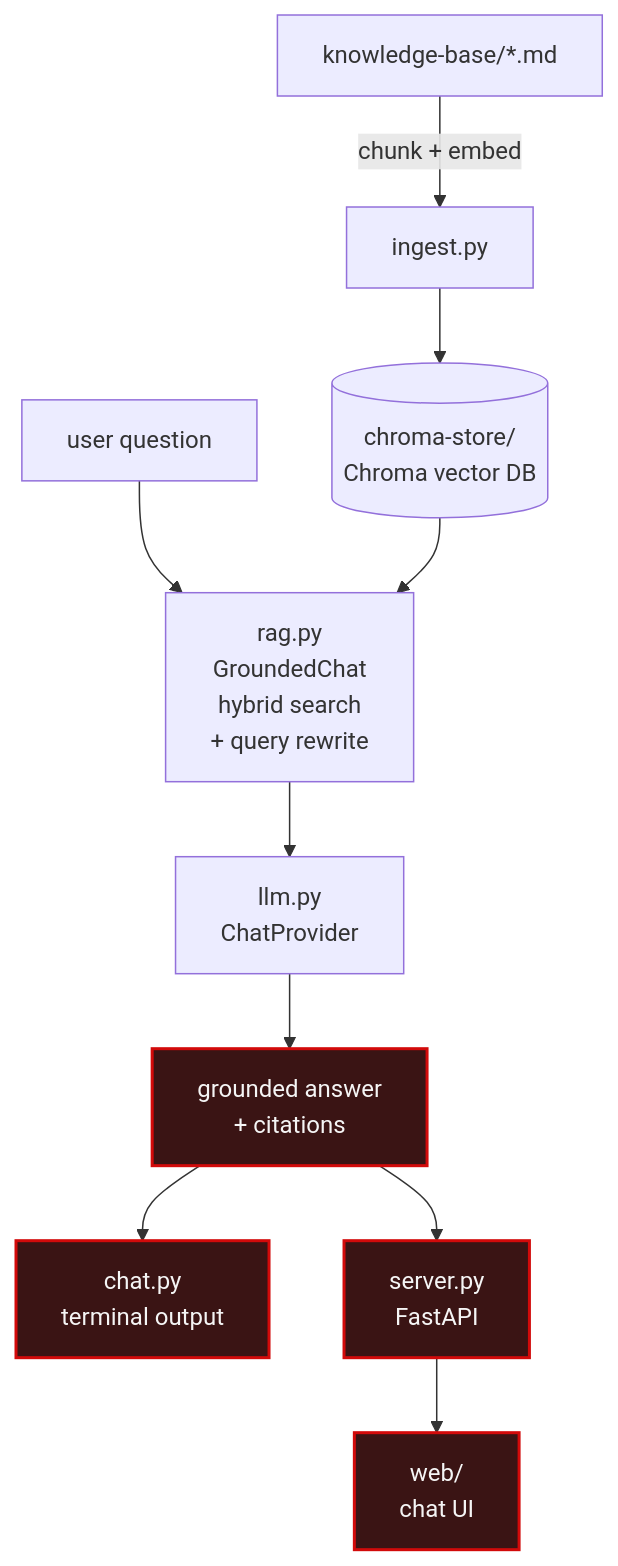
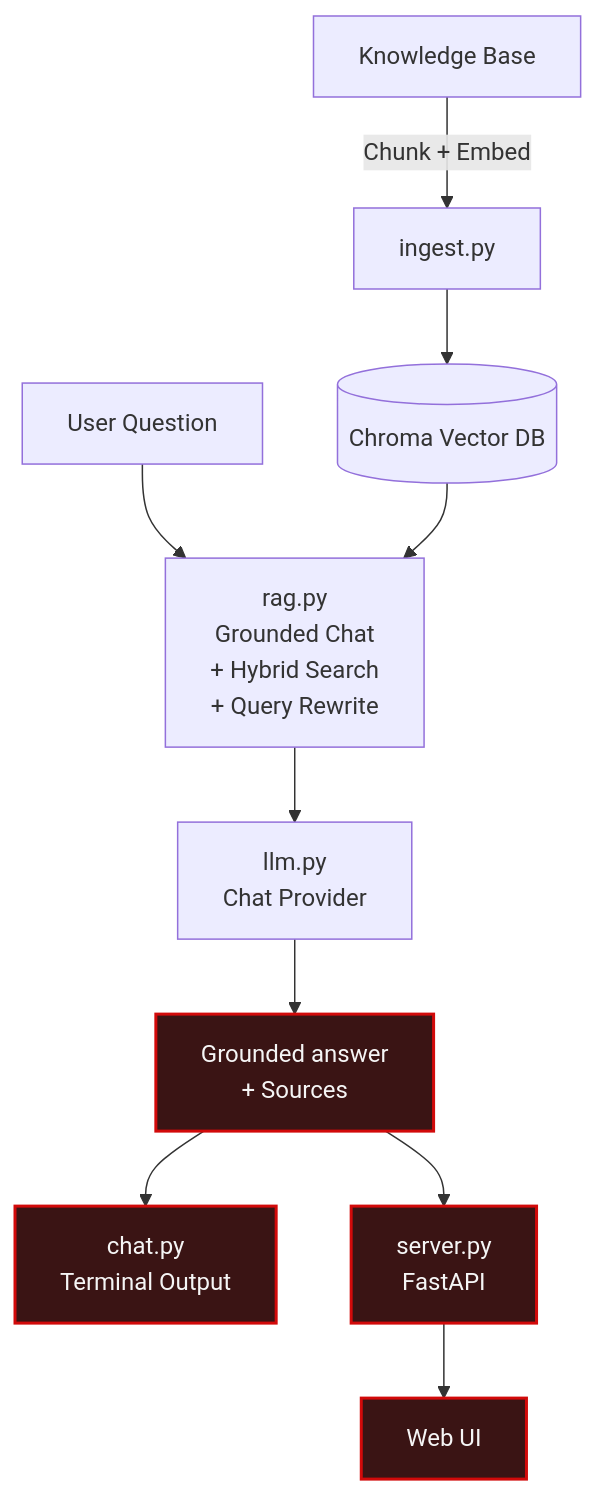
One commit to bhagya-d36/Fight-IQ changed the diagram in README.md. Above: the diagram before and after it, drawn with Mermaid.

Commit message:
Clean up mermaid diagram labels for readability

````diff
--- a/README.md
+++ b/README.md
@@ -16,17 +16,17 @@
 ```mermaid
 flowchart TD
-    KB["knowledge-base/*.md"] -->|chunk + embed| ING["ingest.py"]
-    ING --> STORE[("chroma-store/<br/>Chroma vector DB")]
+    KB["Knowledge Base"] -->|Chunk + Embed| ING["ingest.py"]
+    ING --> STORE[("Chroma Vector DB")]
 
-    Q["user question"] --> RAG["rag.py<br/>GroundedChat<br/>hybrid search<br/>+ query rewrite"]
+    Q["User Question"] --> RAG["rag.py<br/>Grounded Chat<br/>+ Hybrid Search<br/>+ Query Rewrite"]
     STORE --> RAG
-    RAG --> LLM["llm.py<br/>ChatProvider"]
-    LLM --> ANS["grounded answer<br/>+ citations"]
+    RAG --> LLM["llm.py<br/>Chat Provider"]
+    LLM --> ANS["Grounded answer<br/>+ Sources"]
 
-    ANS --> CHAT["chat.py<br/>terminal output"]
+    ANS --> CHAT["chat.py<br/>Terminal Output"]
     ANS --> SRV["server.py<br/>FastAPI"]
-    SRV --> WEB["web/<br/>chat UI"]
+    SRV --> WEB["Web UI"]
 
     class ANS,CHAT,SRV,WEB output
     classDef output fill:#3a1414,stroke:#d20a0a,stroke-width:2px,color:#f5f5f5
 ```
````
